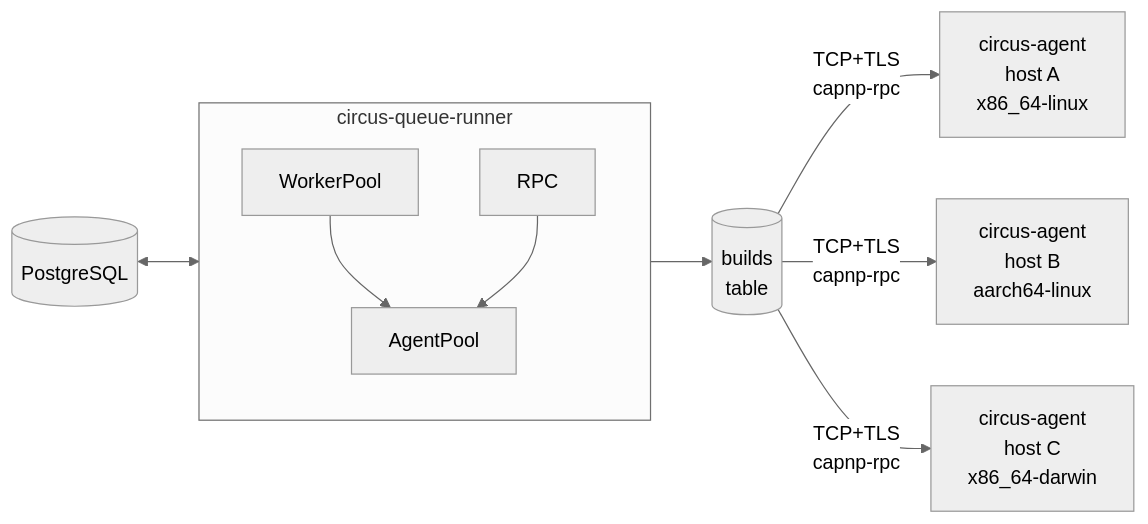
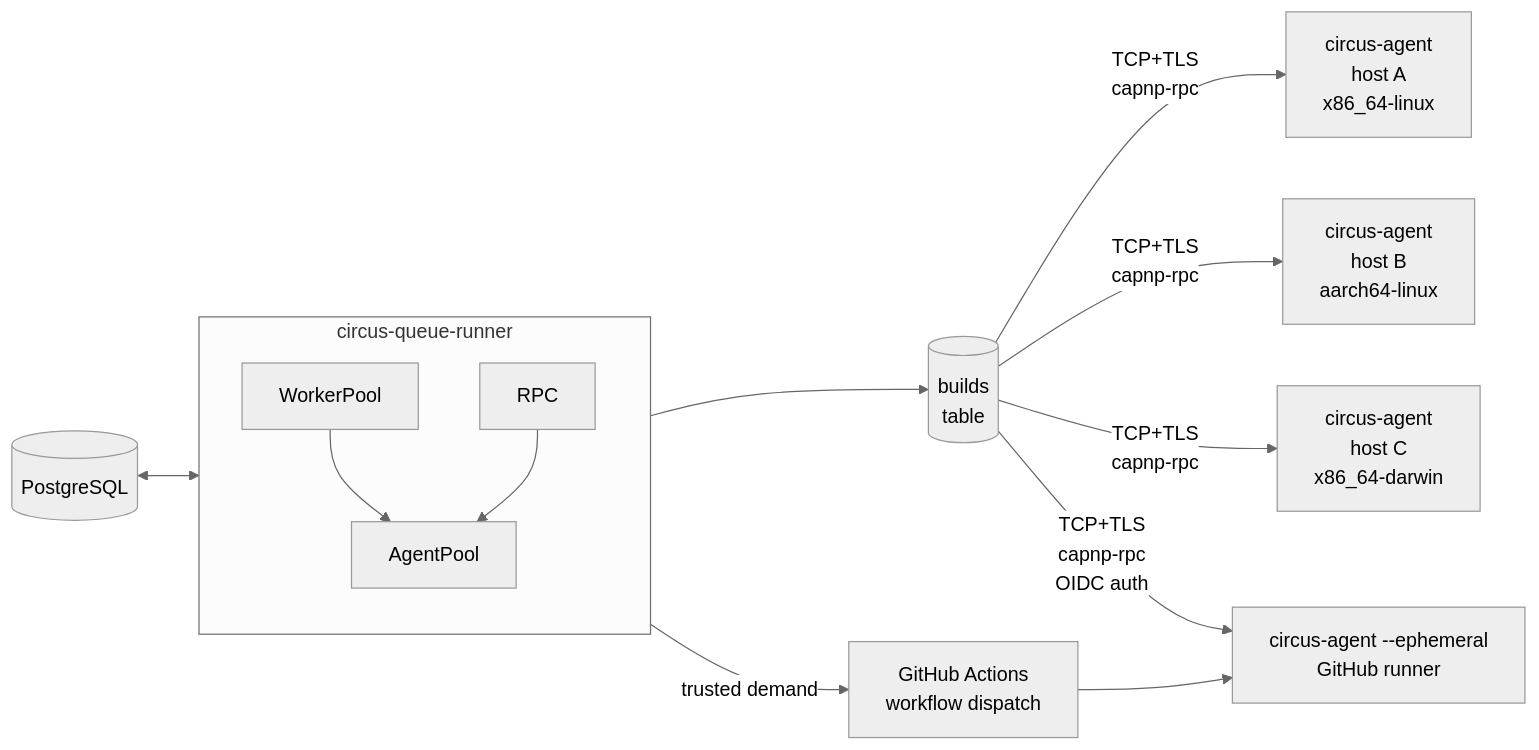
Before and after one commit to manic-systems/circus: the diagram in docs/DISTRIBUTED.md, drawn with Mermaid (neutral theme). The commit also changed other lines of this file and 1 other file, not shown here.

Commit message:
docs: document ephemeral github actions agents

````diff
--- a/docs/DISTRIBUTED.md
+++ b/docs/DISTRIBUTED.md
@@ -46,25 +47,31 @@
 ```mermaid
 flowchart LR
     PG[("PostgreSQL")]
 
     subgraph QR["circus-queue-runner"]
         WP["WorkerPool"]
         RPC["RPC"]
         AP["AgentPool"]
 
         WP --> AP
         RPC --> AP
     end
 
     Builds[("builds<br/>table")]
 
+    GHA["GitHub Actions<br/>workflow dispatch"]
+
     AgentA["circus-agent<br/>host A<br/>x86_64-linux"]
     AgentB["circus-agent<br/>host B<br/>aarch64-linux"]
     AgentC["circus-agent<br/>host C<br/>x86_64-darwin"]
+    AgentD["circus-agent --ephemeral<br/>GitHub runner"]
 
     PG <--> QR
     QR --> Builds
     Builds -->|TCP+TLS<br/>capnp-rpc| AgentA
     Builds -->|TCP+TLS<br/>capnp-rpc| AgentB
     Builds -->|TCP+TLS<br/>capnp-rpc| AgentC
+    QR -->|trusted demand| GHA
+    GHA --> AgentD
+    Builds -->|TCP+TLS<br/>capnp-rpc<br/>OIDC auth| AgentD
 ```
````
